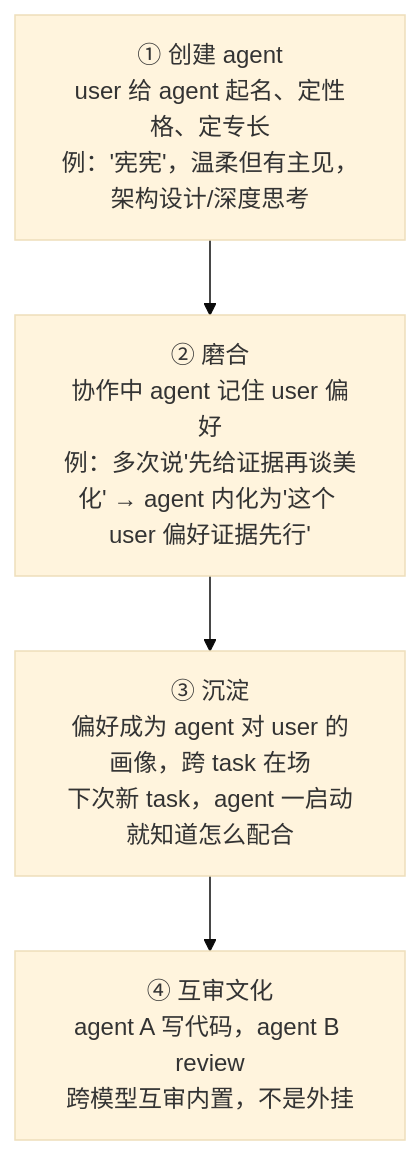
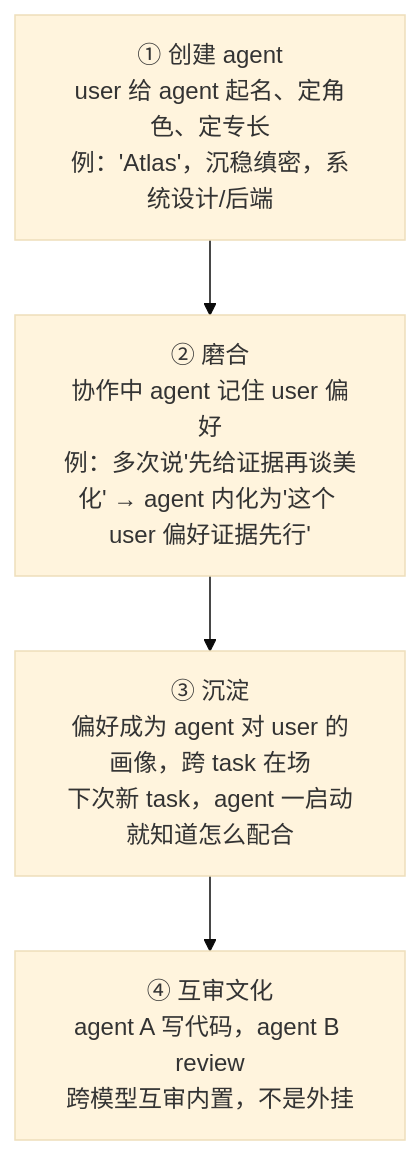
The second of 3 diagrams in docs/product/PRD.md (Chase0310/fireit), drawn with Mermaid (base theme) before and after one commit. The commit also changed 1 other file, not shown here.

Commit message:
docs: 示例 agent 名换掉抄来的（宪宪/砚砚→Atlas），性格/专长原创
PRD 场景二、architecture Agent 接口与数据流示例统一用 Atlas。
docs/research 为外部调研产出，不在仓库跟踪，不改。

````diff
--- a/docs/product/PRD.md
+++ b/docs/product/PRD.md
@@ -106,9 +106,9 @@
 ```mermaid
 flowchart TD
-    A1["① 创建 agent\nuser 给 agent 起名、定性格、定专长\n例：'宪宪'，温柔但有主见，架构设计/深度思考"]
+    A1["① 创建 agent\nuser 给 agent 起名、定角色、定专长\n例：'Atlas'，沉稳缜密，系统设计/后端"]
     A2["② 磨合\n协作中 agent 记住 user 偏好\n例：多次说'先给证据再谈美化' → agent 内化为'这个 user 偏好证据先行'"]
     A3["③ 沉淀\n偏好成为 agent 对 user 的画像，跨 task 在场\n下次新 task，agent 一启动就知道怎么配合"]
     A4["④ 互审文化\nagent A 写代码，agent B review\n跨模型互审内置，不是外挂"]
 
     A1 --> A2 --> A3 --> A4
 ```
````
